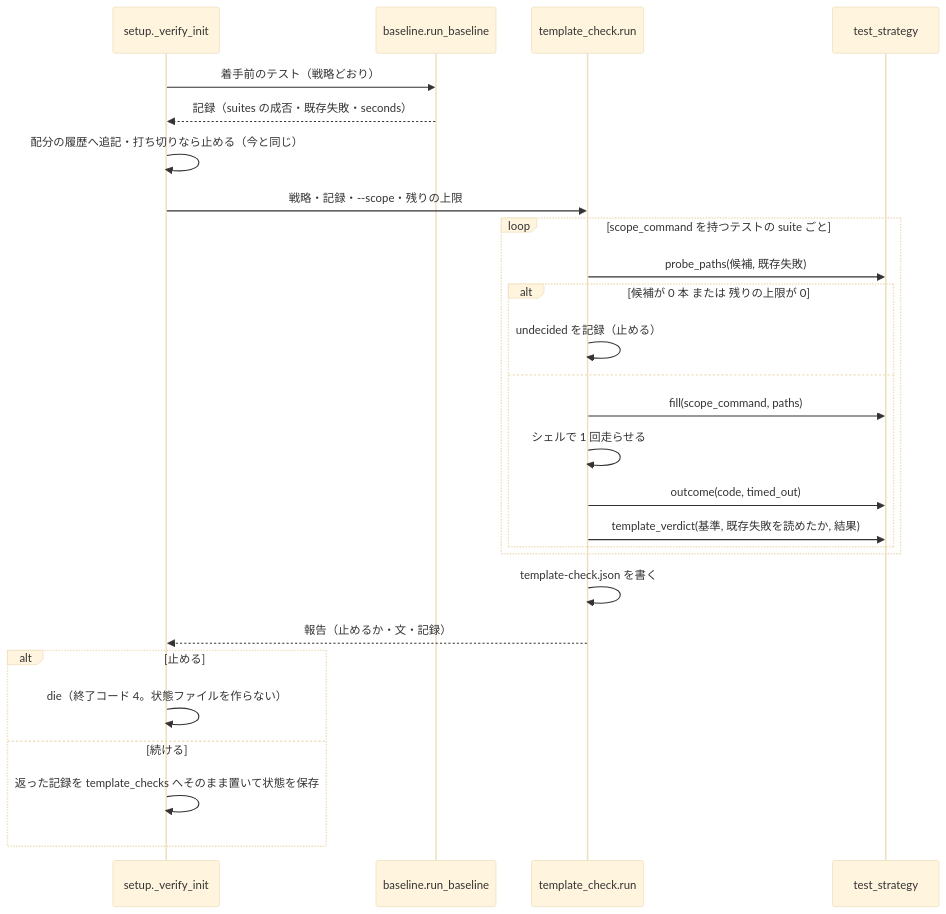
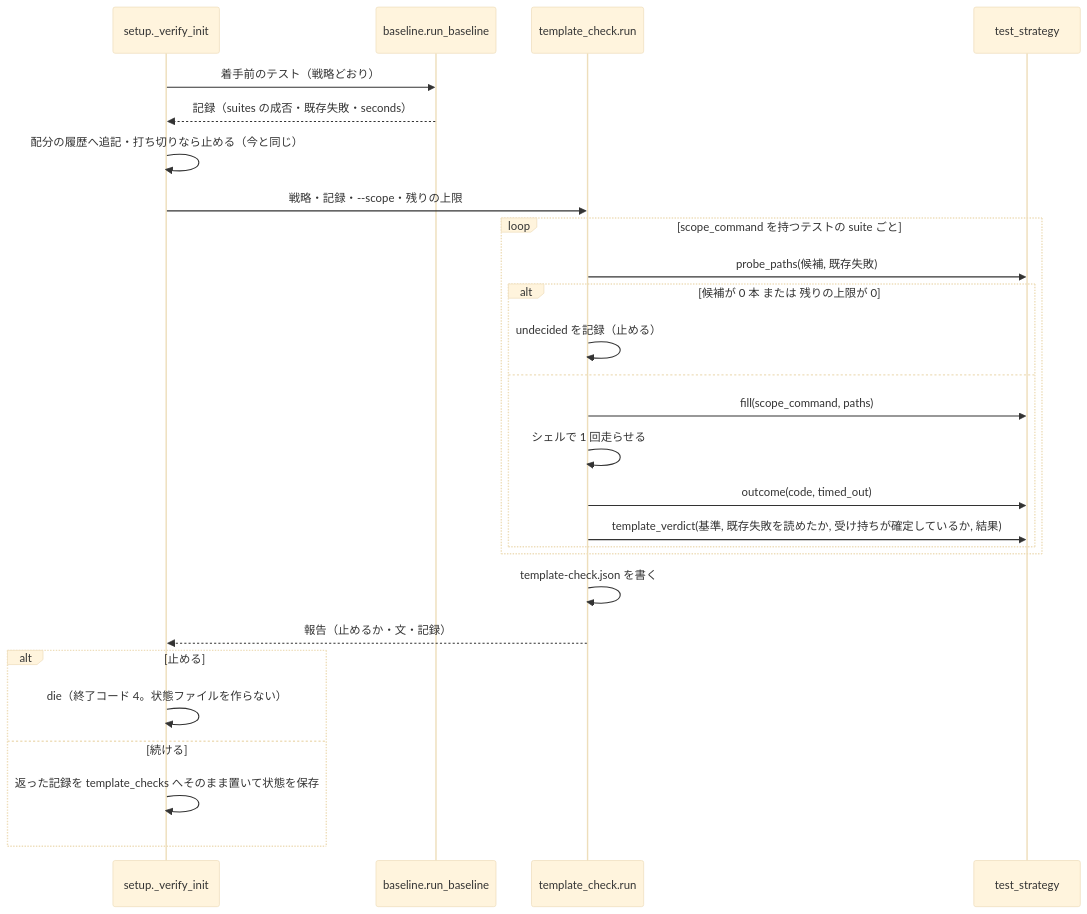
The third of 3 diagrams in issues/issue-1630-design.md (devbasex/ai-plugins), drawn with Mermaid (base theme) before and after one commit. The commit also changed other lines of this file, not shown here.

````diff
--- a/issues/issue-1630-design.md
+++ b/issues/issue-1630-design.md
@@ -243,29 +243,29 @@
 ```mermaid
 sequenceDiagram
   participant S as setup._verify_init
   participant B as baseline.run_baseline
   participant T as template_check.run
   participant L as test_strategy
   S->>B: 着手前のテスト（戦略どおり）
   B-->>S: 記録（suites の成否・既存失敗・seconds）
   S->>S: 配分の履歴へ追記・打ち切りなら止める（今と同じ）
   S->>T: 戦略・記録・--scope・残りの上限
   loop scope_command を持つテストの suite ごと
     T->>L: probe_paths(候補, 既存失敗)
     alt 候補が 0 本 または 残りの上限が 0
       T->>T: undecided を記録（止める）
     else
       T->>L: fill(scope_command, paths)
       T->>T: シェルで 1 回走らせる
       T->>L: outcome(code, timed_out)
-      T->>L: template_verdict(基準, 既存失敗を読めたか, 結果)
+      T->>L: template_verdict(基準, 既存失敗を読めたか, 受け持ちが確定しているか, 結果)
     end
   end
   T->>T: template-check.json を書く
   T-->>S: 報告（止めるか・文・記録）
   alt 止める
     S->>S: die（終了コード 4。状態ファイルを作らない）
   else 続ける
     S->>S: 返った記録を template_checks へそのまま置いて状態を保存
   end
 ```
````
